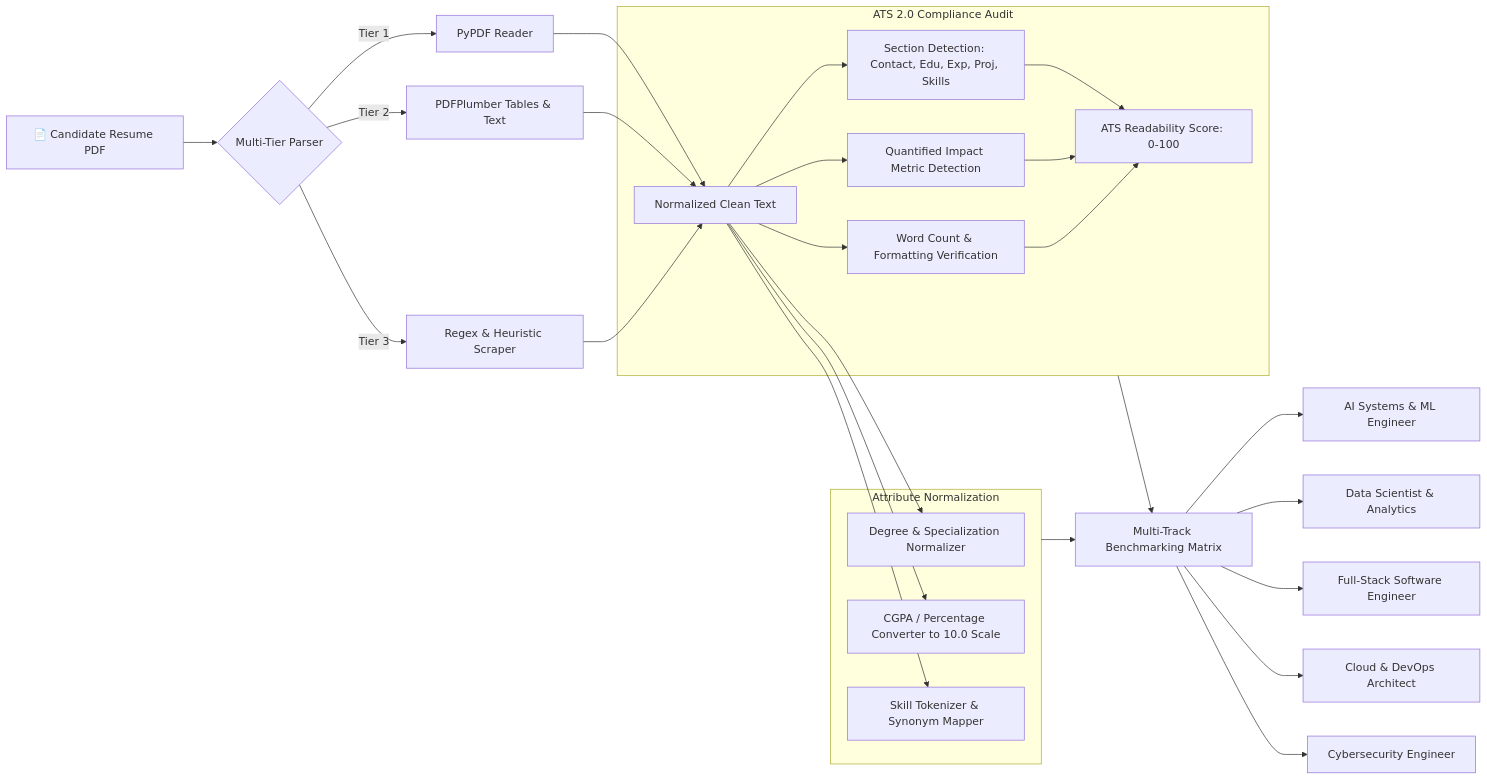
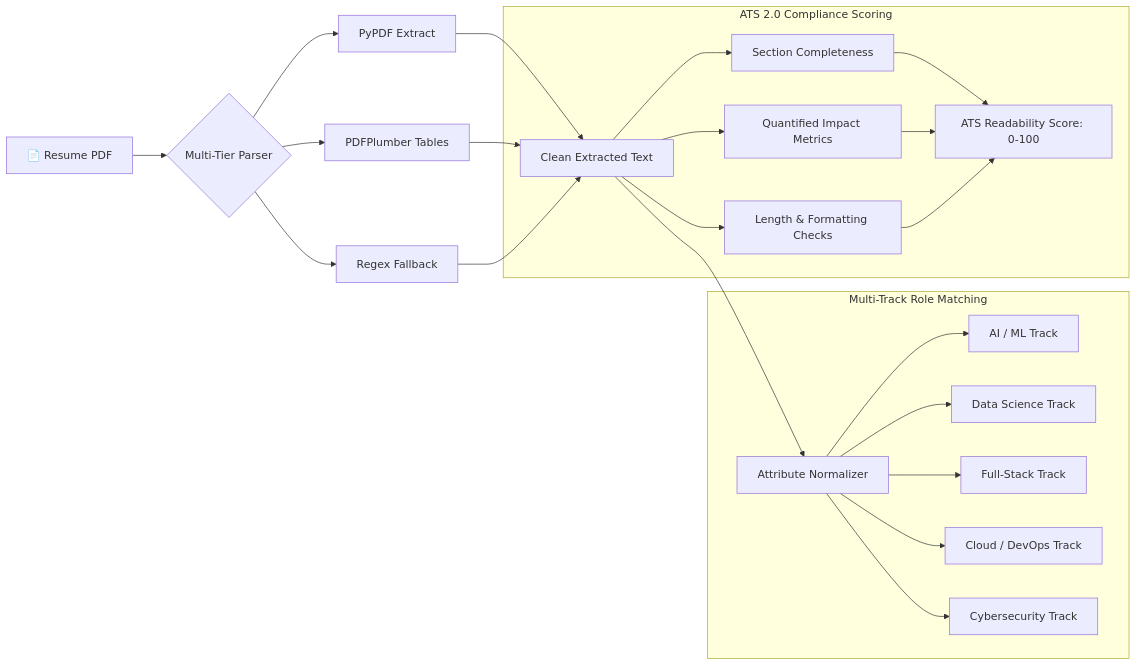
The fifth of 8 diagrams in README.md (RiyanshiVerma-11/DeciXAI), drawn with Mermaid before and after one commit. The commit also changed other lines of this file, not shown here.

Commit message:
docs: enrich README with in-depth problem-solution analysis, multi-layer Mermaid diagrams, and end-to-end architectural workflows

````diff
--- a/README.md
+++ b/README.md
@@ -189,36 +256,27 @@
 ```mermaid
 flowchart LR
-    PDF[📄 Candidate Resume PDF] --> Extract{Multi-Tier Parser}
+    Resume[📄 Resume PDF] --> Parser{Multi-Tier Parser}
+    Parser --> P1[PyPDF Extract]
+    Parser --> P2[PDFPlumber Tables]
+    Parser --> P3[Regex Fallback]
     
-    Extract -->|Tier 1| P1[PyPDF Reader]
-    Extract -->|Tier 2| P2[PDFPlumber Tables & Text]
-    Extract -->|Tier 3| P3[Regex & Heuristic Scraper]
-    
-    P1 --> Text[Normalized Clean Text]
+    P1 --> Text[Clean Extracted Text]
     P2 --> Text
     P3 --> Text
 
-    subgraph ATSAudit["ATS 2.0 Compliance Audit"]
-        Text --> SecCheck[Section Detection: Contact, Edu, Exp, Proj, Skills]
-        Text --> MetricCheck[Quantified Impact Metric Detection]
-        Text --> LengthCheck[Word Count & Formatting Verification]
-        SecCheck --> ATSScore[ATS Readability Score: 0-100]
-        MetricCheck --> ATSScore
-        LengthCheck --> ATSScore
+    subgraph ATSAudit["ATS 2.0 Compliance Scoring"]
+        Text --> S1[Section Completeness]
+        Text --> S2[Quantified Impact Metrics]
+        Text --> S3[Length & Formatting Checks]
+        S1 & S2 & S3 --> ATSScore[ATS Readability Score: 0-100]
     end
 
-    subgraph Normalization["Attribute Normalization"]
-        Text --> NormDegree[Degree & Specialization Normalizer]
-        Text --> NormCGPA[CGPA / Percentage Converter to 10.0 Scale]
-        Text --> NormSkills[Skill Tokenizer & Synonym Mapper]
+    subgraph Benchmarking["Multi-Track Role Matching"]
+        Text --> Normalizer[Attribute Normalizer]
+        Normalizer --> M1["AI / ML Track"]
+        Normalizer --> M2["Data Science Track"]
+        Normalizer --> M3["Full-Stack Track"]
+        Normalizer --> M4["Cloud / DevOps Track"]
+        Normalizer --> M5["Cybersecurity Track"]
     end
-
-    ATSAudit --> Matrix[Multi-Track Benchmarking Matrix]
-    Normalization --> Matrix
-
-    Matrix --> Role1["AI Systems & ML Engineer"]
-    Matrix --> Role2["Data Scientist & Analytics"]
-    Matrix --> Role3["Full-Stack Software Engineer"]
-    Matrix --> Role4["Cloud & DevOps Architect"]
-    Matrix --> Role5["Cybersecurity Engineer"]
 ```
````
